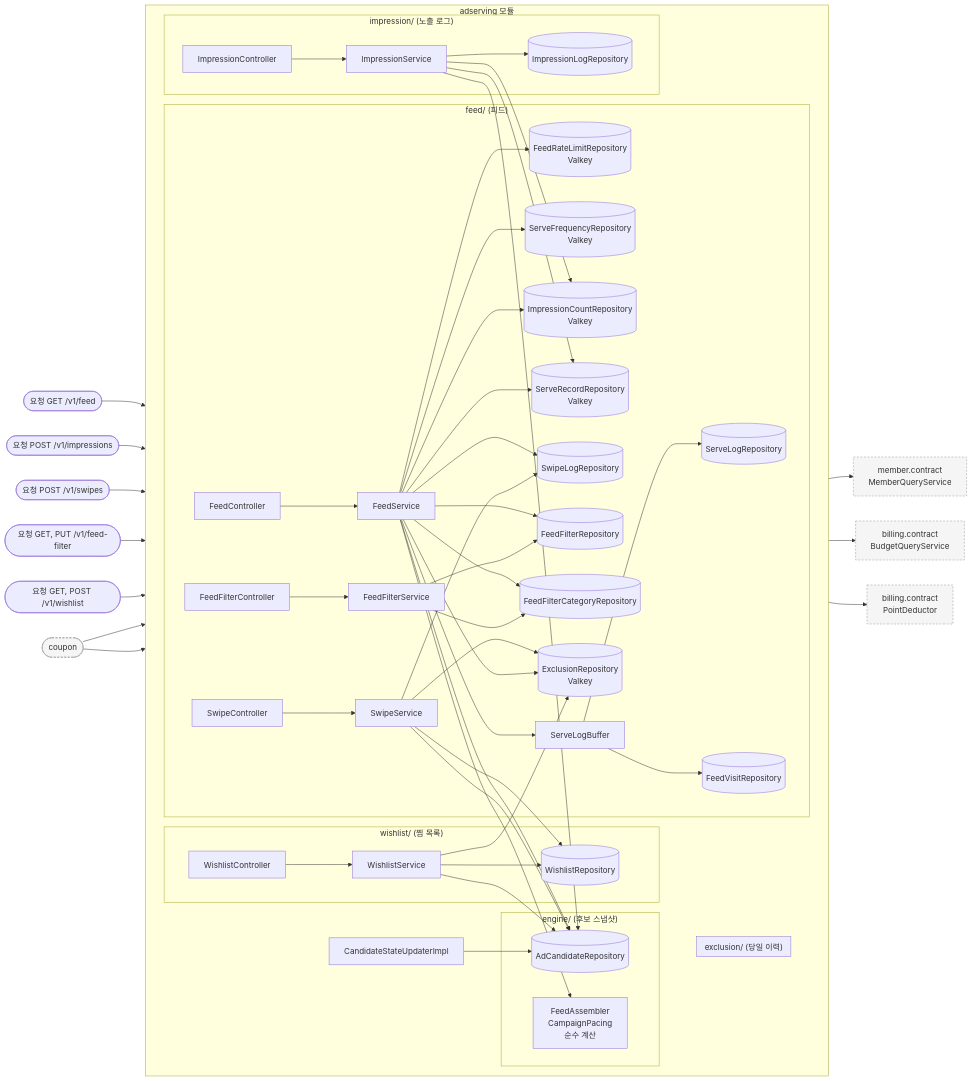
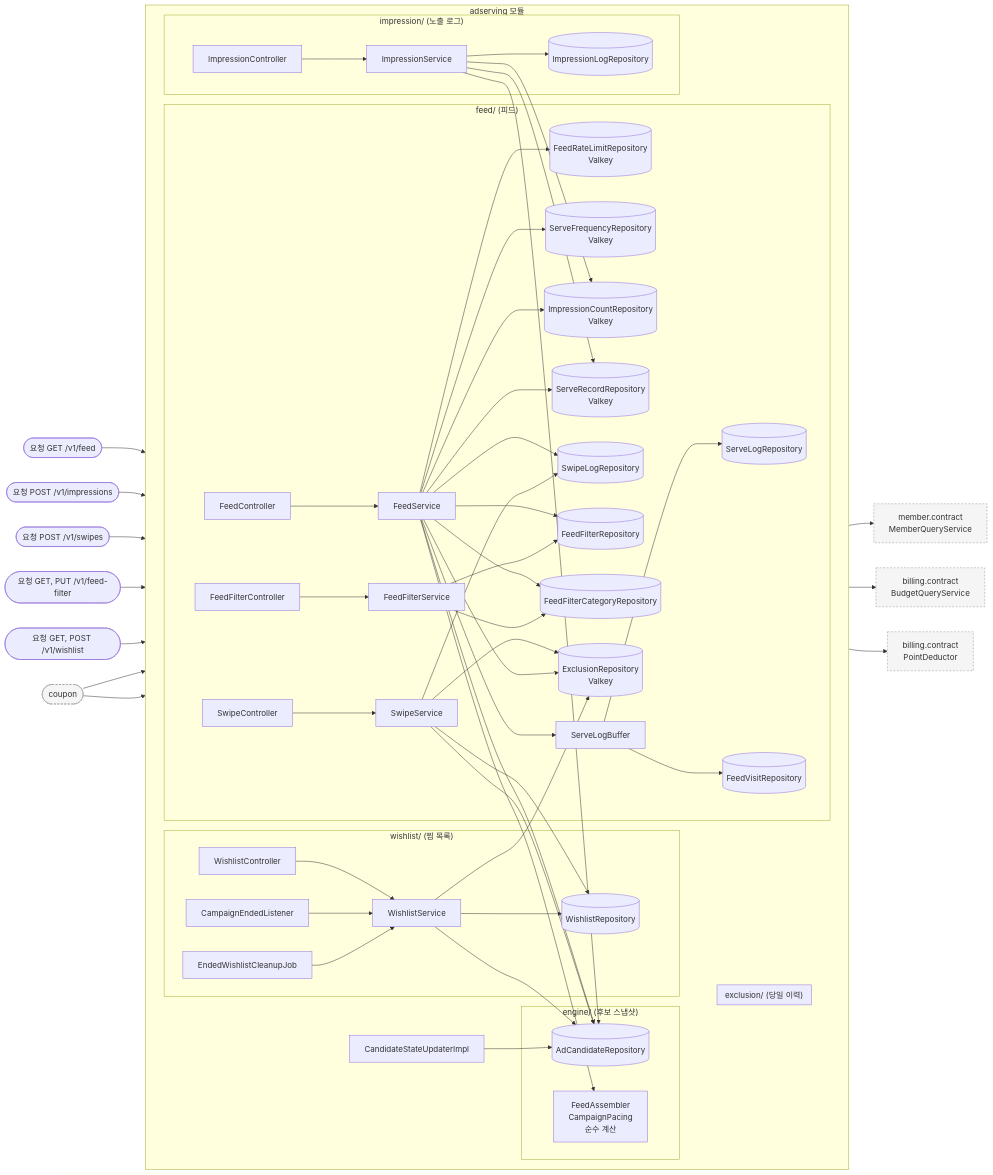
The first of 5 diagrams in docs/design/adserving/adserving_구조와_동작_설계.md (lunch-catch/lc-backend), drawn with Mermaid before and after one commit. The commit also changed other lines of this file and 12 other files, not shown here.

````diff
--- a/docs/design/adserving/adserving_구조와_동작_설계.md
+++ b/docs/design/adserving/adserving_구조와_동작_설계.md
@@ -265,73 +269,75 @@
 ```mermaid
 flowchart LR
     REQ([요청 GET /v1/feed]) --> FC
     REQ2([요청 POST /v1/impressions]) --> IMC
     REQ3([요청 POST /v1/swipes]) --> SWC
     REQ4([요청 GET, PUT /v1/feed-filter]) --> FFCT
     REQ5([요청 GET, POST /v1/wishlist]) --> WC
 
     subgraph adserving["adserving 모듈"]
         direction LR
 
         subgraph feed["feed/ (피드)"]
             FC[FeedController] --> FS[FeedService]
             FS --> RL[("FeedRateLimitRepository<br/>Valkey")]
             FS --> SF[("ServeFrequencyRepository<br/>Valkey")]
             FS --> IC[("ImpressionCountRepository<br/>Valkey")]
             FS --> SR[("ServeRecordRepository<br/>Valkey")]
             FS --> SW[(SwipeLogRepository)]
             FS --> FF[(FeedFilterRepository)]
             FS --> FFC[(FeedFilterCategoryRepository)]
             FFCT[FeedFilterController] --> FFS[FeedFilterService]
             FFS --> FF
             FFS --> FFC
             SWC[SwipeController] --> SWS[SwipeService]
             SWS --> SW
             SWS --> DE
             FS --> SB[ServeLogBuffer]
             SB --> SL[(ServeLogRepository)]
             SB --> FV[(FeedVisitRepository)]
         end
 
         subgraph exclusion["exclusion/ (당일 이력)"]
             DE[("ExclusionRepository<br/>Valkey")]
         end
 
         subgraph engine["engine/ (후보 스냅샷)"]
             AR[(AdCandidateRepository)]
             FA["FeedAssembler<br/>CampaignPacing<br/>순수 계산"]
         end
 
         subgraph wishlist["wishlist/ (찜 목록)"]
             WC[WishlistController] --> WS[WishlistService]
+            WL[CampaignEndedListener] --> WS
+            WJ[EndedWishlistCleanupJob] --> WS
             WS --> WR[(WishlistRepository)]
         end
 
         CSU[CandidateStateUpdaterImpl] --> AR
 
         subgraph impression["impression/ (노출 로그)"]
             IMC[ImpressionController] --> IMS[ImpressionService]
             IMS --> IML[(ImpressionLogRepository)]
         end
 
         FS --> AR
         FS --> DE
         FS --> FA
         IMS --> SR
         IMS --> IC
         IMS --> AR
         SWS --> WR
         SWS --> AR
         WS --> AR
         WS --> DE
     end
 
     CP([coupon]) --> WS
     CP --> CSU
     FS --> MQ["member.contract<br/>MemberQueryService"]
     FS --> BQ["billing.contract<br/>BudgetQueryService"]
     IMS --> PD["billing.contract<br/>PointDeductor"]
 
     classDef out fill:#f5f5f5,stroke:#999,stroke-dasharray:4 3
     class MQ,BQ,PD,CP out
 ```
````
